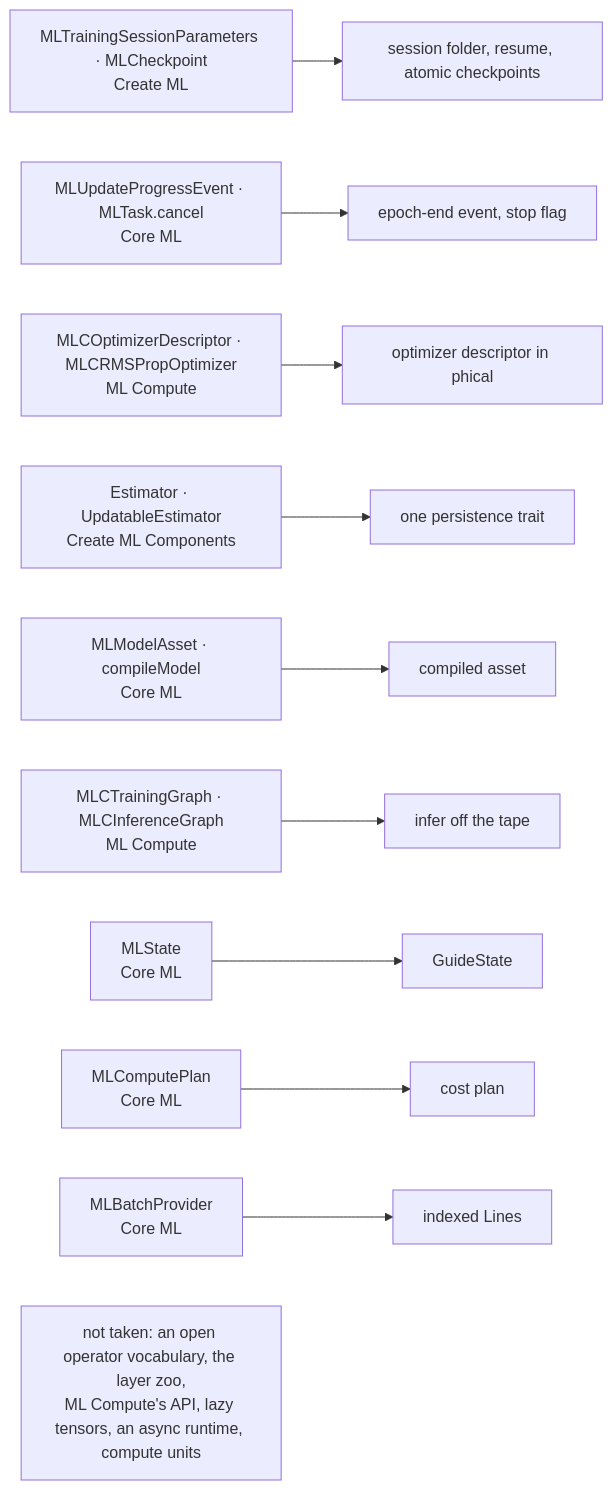
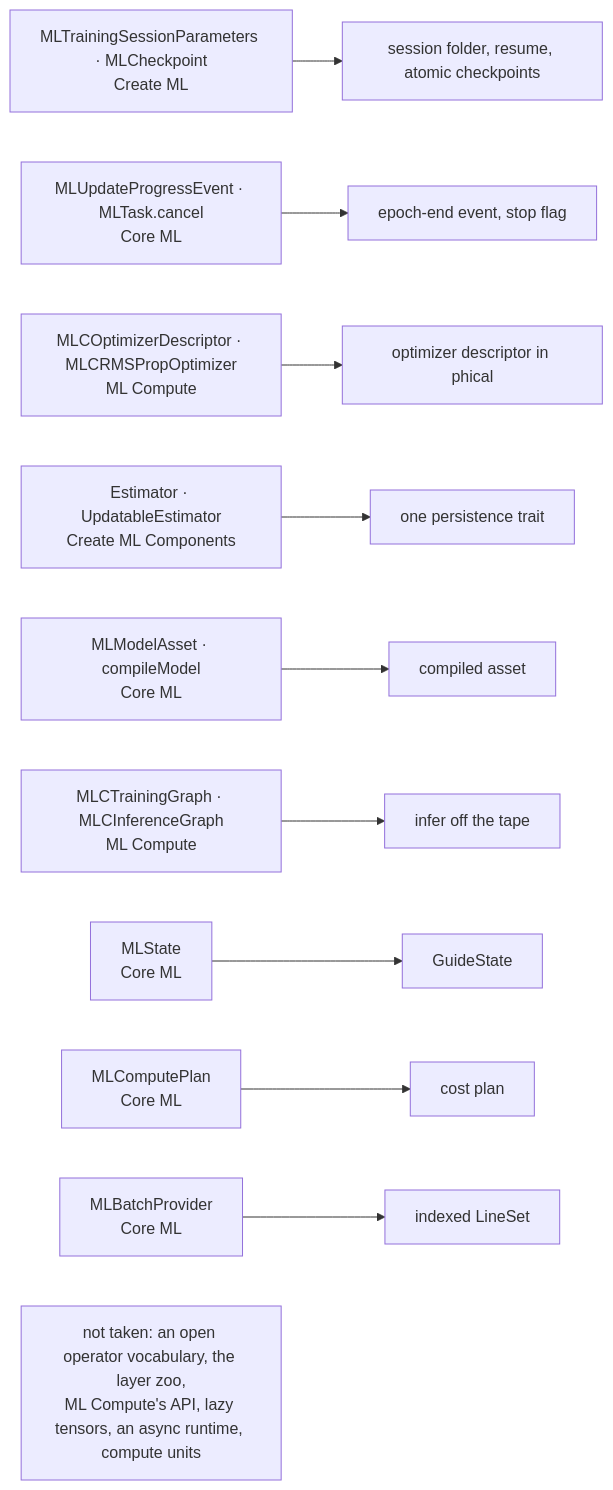
Before and after one commit to gemphi/phinet: the fourth of 4 diagrams in docs/phient/session.md, drawn with Mermaid. The commit also changed other lines of this file and 1 other file, not shown here.

Commit message:
phient plan: singular names for the planned files and types
line.rs and token.rs, LineSet: names are singular, files and types alike. Documentation only.

````diff
--- a/docs/phient/session.md
+++ b/docs/phient/session.md
@@ -90,13 +90,13 @@
 ```mermaid
 graph LR
     a1["MLTrainingSessionParameters · MLCheckpoint<br/>Create ML"] --> p1["session folder, resume, atomic checkpoints"]
     a2["MLUpdateProgressEvent · MLTask.cancel<br/>Core ML"] --> p2["epoch-end event, stop flag"]
     a3["MLCOptimizerDescriptor · MLCRMSPropOptimizer<br/>ML Compute"] --> p3["optimizer descriptor in phical"]
     a4["Estimator · UpdatableEstimator<br/>Create ML Components"] --> p4["one persistence trait"]
     a5["MLModelAsset · compileModel<br/>Core ML"] --> p5["compiled asset"]
     a6["MLCTrainingGraph · MLCInferenceGraph<br/>ML Compute"] --> p6["infer off the tape"]
     a7["MLState<br/>Core ML"] --> p7["GuideState"]
     a8["MLComputePlan<br/>Core ML"] --> p8["cost plan"]
-    a9["MLBatchProvider<br/>Core ML"] --> p9["indexed Lines"]
+    a9["MLBatchProvider<br/>Core ML"] --> p9["indexed LineSet"]
     no["not taken: an open operator vocabulary, the layer zoo,<br/>ML Compute's API, lazy tensors, an async runtime, compute units"]
 ```
````
